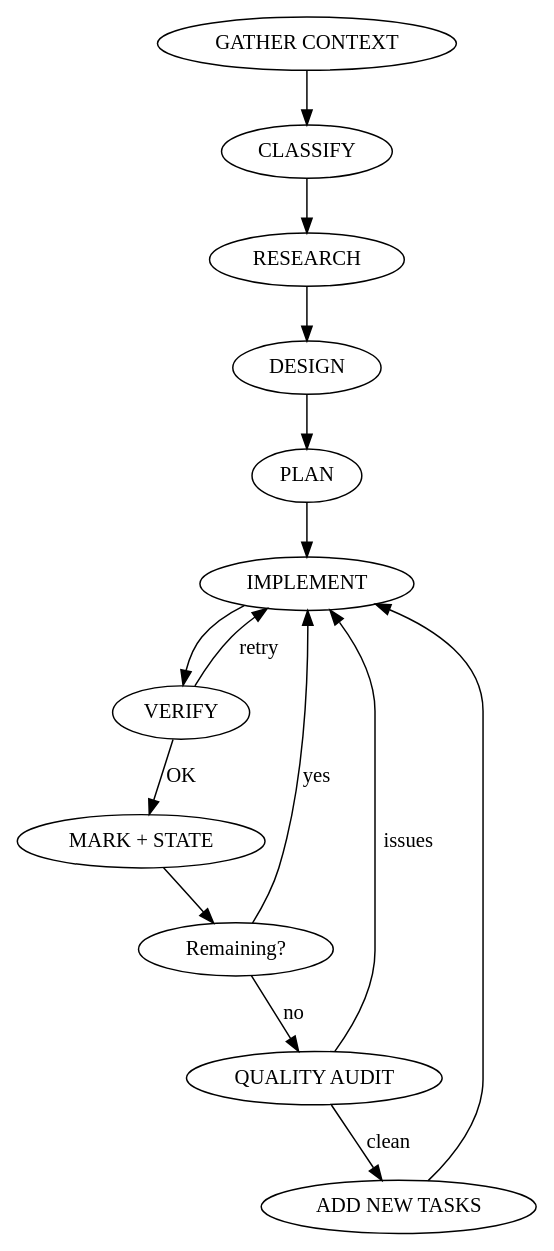
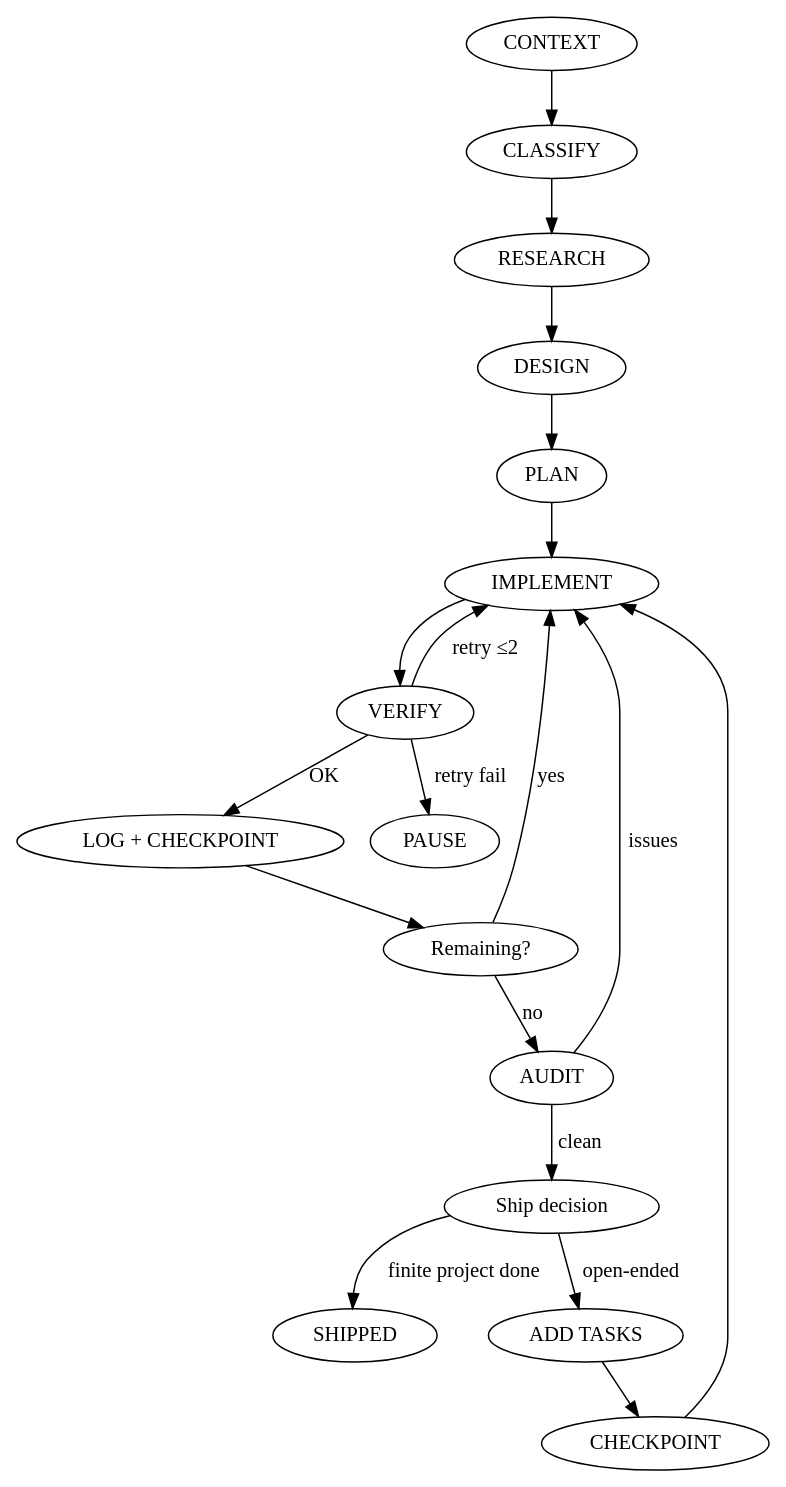
One commit to AFN7/afn-skill changed the second of 2 diagrams in SKILL.md. Above: the diagram before and after it, drawn with Graphviz. The commit also changed other lines of this file and 1 other file, not shown here.

````diff
--- a/SKILL.md
+++ b/SKILL.md
@@ -128,15 +193,18 @@
 ```dot
-digraph afn {
-  rankdir=TB;
-  "GATHER CONTEXT" -> "CLASSIFY" -> "RESEARCH" -> "DESIGN" -> "PLAN" -> "IMPLEMENT";
+digraph core {
+  "CONTEXT" -> "CLASSIFY" -> "RESEARCH" -> "DESIGN" -> "PLAN" -> "IMPLEMENT";
   "IMPLEMENT" -> "VERIFY";
-  "VERIFY" -> "MARK + STATE" [label="OK"];
-  "VERIFY" -> "IMPLEMENT" [label="retry"];
-  "MARK + STATE" -> "Remaining?";
+  "VERIFY" -> "LOG + CHECKPOINT" [label="OK"];
+  "VERIFY" -> "IMPLEMENT" [label="retry ≤2"];
+  "VERIFY" -> "PAUSE" [label="retry fail"];
+  "LOG + CHECKPOINT" -> "Remaining?";
   "Remaining?" -> "IMPLEMENT" [label="yes"];
-  "Remaining?" -> "QUALITY AUDIT" [label="no"];
-  "QUALITY AUDIT" -> "IMPLEMENT" [label="issues"];
-  "QUALITY AUDIT" -> "ADD NEW TASKS" [label="clean"];
-  "ADD NEW TASKS" -> "IMPLEMENT";
+  "Remaining?" -> "AUDIT" [label="no"];
+  "AUDIT" -> "IMPLEMENT" [label="issues"];
+  "AUDIT" -> "Ship decision" [label="clean"];
+  "Ship decision" -> "SHIPPED" [label="finite project done"];
+  "Ship decision" -> "ADD TASKS" [label="open-ended"];
+  "ADD TASKS" -> "CHECKPOINT";
+  "CHECKPOINT" -> "IMPLEMENT";
 }
 ```
````
